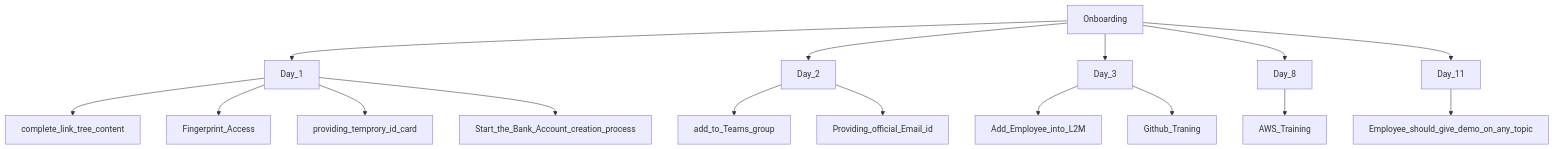
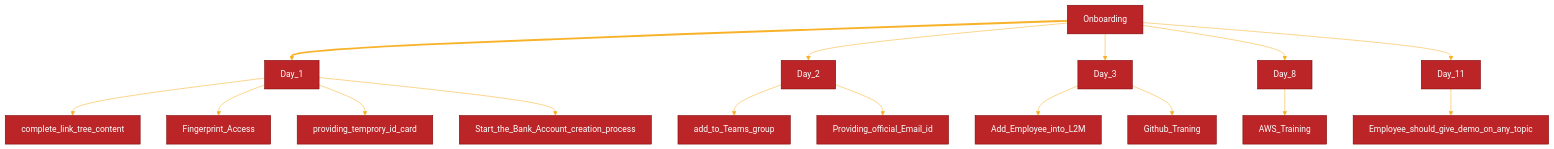
Before and after one commit to muthurajmp55/mermaid-poc: the diagram in Flowchart/flowchart.md, drawn with Mermaid. The commit also changed other lines of this file and 2 other files, not shown here.

Commit message:
added themes On branch main

````diff
--- a/Flowchart/flowchart.md
+++ b/Flowchart/flowchart.md
@@ -3,16 +5,31 @@
 ```mermaid
+%%{
+  init: {
+    'theme': 'base',
+    'themeVariables': {
+      'primaryColor': '#BB2528',
+      'primaryTextColor': '#fff',
+      'primaryBorderColor': '#7C0000',
+      'lineColor': '#F8B229',
+      'secondaryColor': '#006100',
+      'tertiaryColor': '#fff'
+    }
+  }
+}%%
+
+
 graph TD
-Onboarding --> Day_1
+Onboarding ==> Day_1
 Day_1 --> complete_link_tree_content
 Day_1 --> Fingerprint_Access
 Day_1 --> providing_temprory_id_card
 Day_1 --> Start_the_Bank_Account_creation_process
 Onboarding --> Day_2
 Day_2 --> add_to_Teams_group
 Day_2 --> Providing_official_Email_id
 Onboarding --> Day_3
 Day_3 --> Add_Employee_into_L2M
 Day_3 --> Github_Traning
 Onboarding --> Day_8 --> AWS_Training
 Onboarding --> Day_11 --> Employee_should_give_demo_on_any_topic
 ```
````
